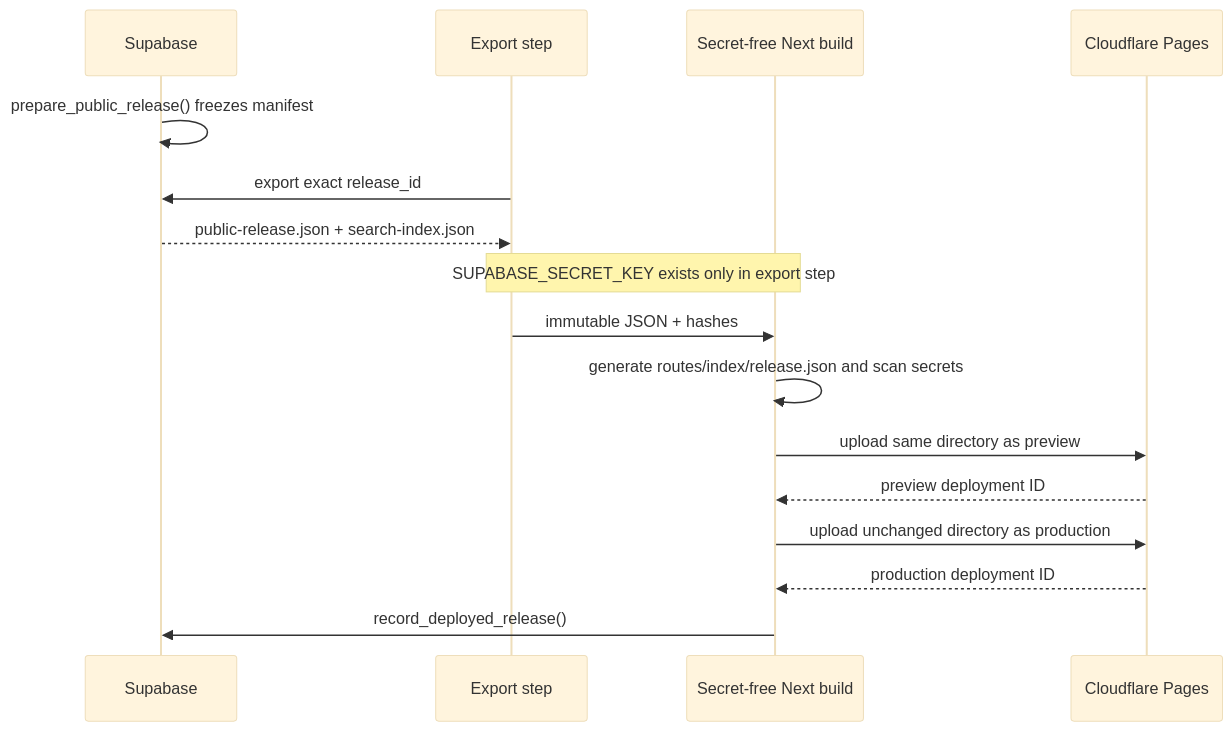
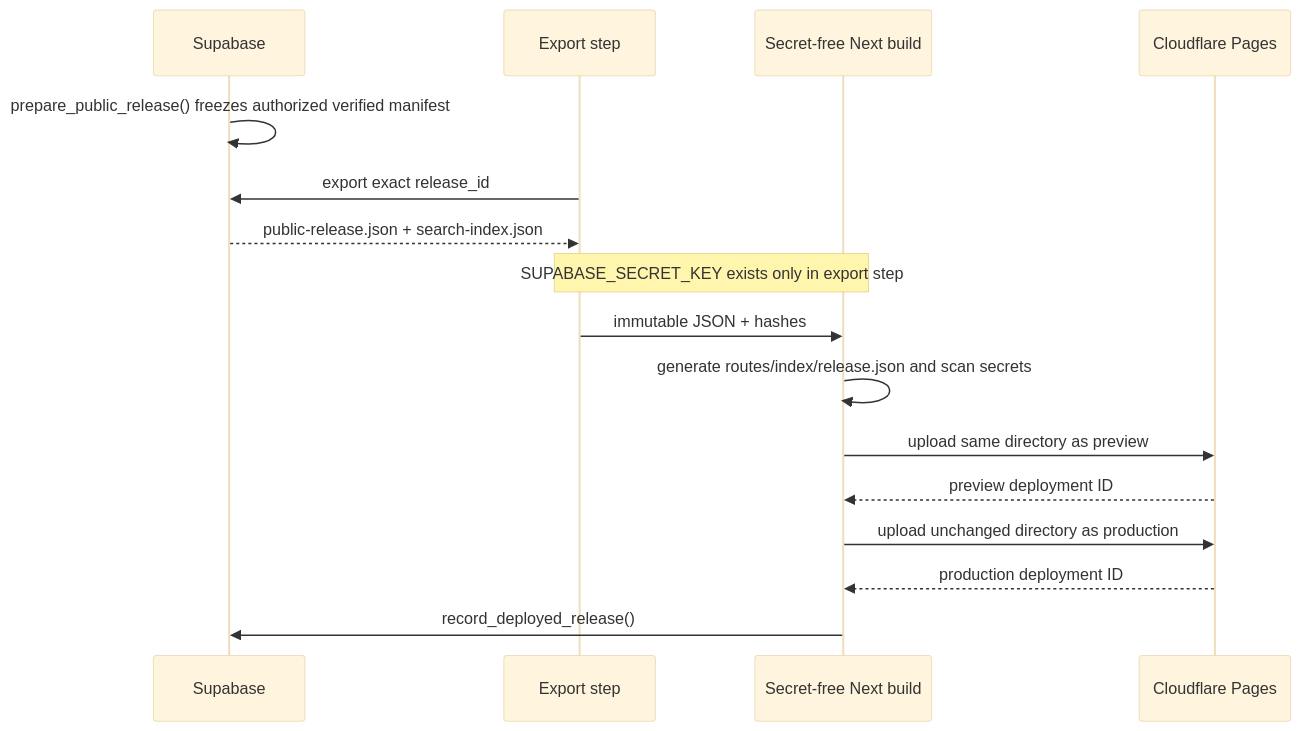
The third of 3 diagrams in docs/data-flow.md (Insparian/scam-radar), drawn with Mermaid (base theme) before and after one commit. The commit also changed other lines of this file and 54 other files, not shown here.

````diff
--- a/docs/data-flow.md
+++ b/docs/data-flow.md
@@ -113,18 +127,18 @@
 ```mermaid
 sequenceDiagram
     participant DB as Supabase
     participant X as Export step
     participant B as Secret-free Next build
     participant C as Cloudflare Pages
-    DB->>DB: prepare_public_release() freezes manifest
+    DB->>DB: prepare_public_release() freezes authorized verified manifest
     X->>DB: export exact release_id
     DB-->>X: public-release.json + search-index.json
     Note over X,B: SUPABASE_SECRET_KEY exists only in export step
     X->>B: immutable JSON + hashes
     B->>B: generate routes/index/release.json and scan secrets
     B->>C: upload same directory as preview
     C-->>B: preview deployment ID
     B->>C: upload unchanged directory as production
     C-->>B: production deployment ID
     B->>DB: record_deployed_release()
 ```
````
